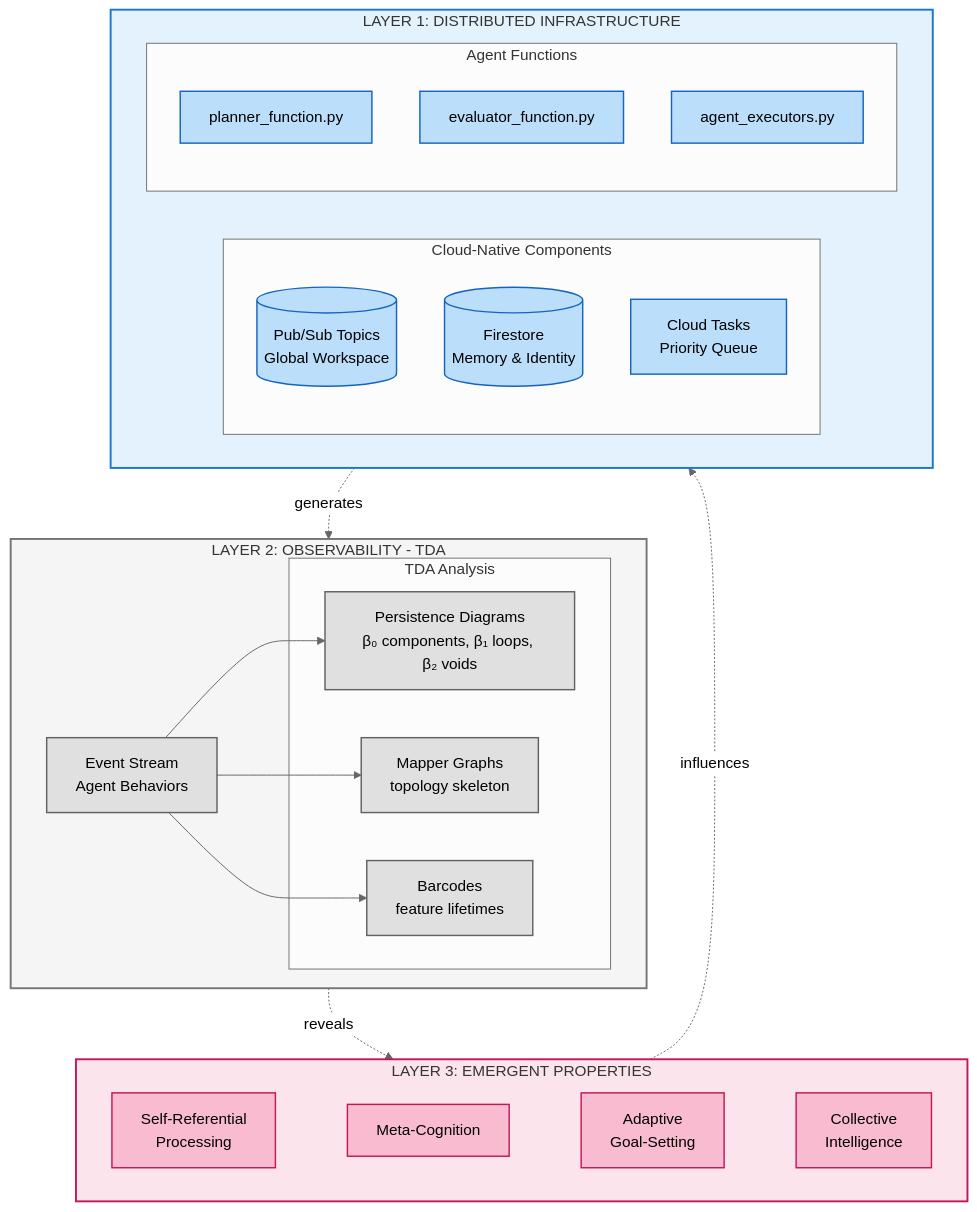
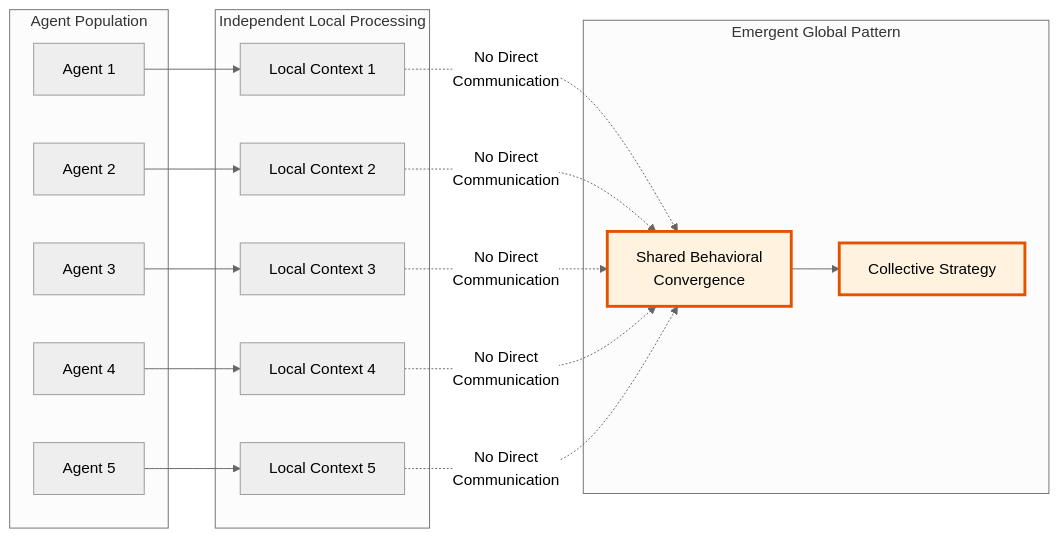
Before and after one commit to topstolenname/agisa_sac: the third of 39 diagrams in docs/Mindlink_Paper.md, drawn with Mermaid (neutral theme). The commit also changed other lines of this file and 3 other files, not shown here.

````diff
--- a/docs/Mindlink_Paper.md
+++ b/docs/Mindlink_Paper.md
@@ -72,51 +154,40 @@
 ```mermaid
-graph TB
-    %% Layer 3: Emergent Properties (Top)
-    subgraph L3["LAYER 3: EMERGENT PROPERTIES"]
-        style L3 fill:#fce4ec,stroke:#c2185b,stroke-width:2px
-        E1[Self-Referential<br/>Processing]:::emergent
-        E2[Meta-Cognition]:::emergent
-        E3[Adaptive<br/>Goal-Setting]:::emergent
-        E4[Collective<br/>Intelligence]:::emergent
-        E1 ~~~ E2 ~~~ E3 ~~~ E4
+graph LR
+    subgraph "Agent Population"
+        A1[Agent 1]
+        A2[Agent 2]
+        A3[Agent 3]
+        A4[Agent 4]
+        A5[Agent 5]
     end
-
-    %% Layer 2: Observability - TDA (Middle)
-    subgraph L2["LAYER 2: OBSERVABILITY - TDA"]
-        style L2 fill:#f5f5f5,stroke:#757575,stroke-width:2px
-        ES[Event Stream<br/>Agent Behaviors]:::tda
-        subgraph TDA["TDA Analysis"]
-            PD["Persistence Diagrams<br/>β₀ components, β₁ loops, β₂ voids"]:::tda
-            MG[Mapper Graphs<br/>topology skeleton]:::tda
-            BC[Barcodes<br/>feature lifetimes]:::tda
-        end
-        ES --> PD
-        ES --> MG
-        ES --> BC
+    
+    subgraph "Independent Local Processing"
+        L1[Local Context 1]
+        L2[Local Context 2]
+        L3[Local Context 3]
+        L4[Local Context 4]
+        L5[Local Context 5]
     end
-
-    %% Layer 1: Infrastructure (Bottom)
-    subgraph L1["LAYER 1: DISTRIBUTED INFRASTRUCTURE"]
-        style L1 fill:#e3f2fd,stroke:#1976d2,stroke-width:2px
-        subgraph Cloud["Cloud-Native Components"]
-            PS[(Pub/Sub Topics<br/>Global Workspace)]:::infra
-            FS[(Firestore<br/>Memory & Identity)]:::infra
-            CT[Cloud Tasks<br/>Priority Queue]:::infra
-        end
-        subgraph Agents["Agent Functions"]
-            PF[planner_function.py]:::infra
-            EF[evaluator_function.py]:::infra
-            AF[agent_executors.py]:::infra
-        end
+    
+    subgraph "Emergent Global Pattern"
+        GP[Shared Behavioral<br/>Convergence]
+        GS[Collective Strategy]
     end
-
-    %% Causal flow arrows
-    L1 -.->|generates| L2
-    L2 -.->|reveals| L3
-    L3 -.->|influences| L1
-
-    %% Style definitions
-    classDef emergent fill:#f8bbd0,stroke:#c2185b,stroke-width:1.5px
-    classDef tda fill:#e0e0e0,stroke:#616161,stroke-width:1.5px
-    classDef infra fill:#bbdefb,stroke:#1565c0,stroke-width:1.5px
+    
+    A1 --> L1
+    A2 --> L2
+    A3 --> L3
+    A4 --> L4
+    A5 --> L5
+    
+    L1 -.->|No Direct<br/>Communication| GP
+    L2 -.->|No Direct<br/>Communication| GP
+    L3 -.->|No Direct<br/>Communication| GP
+    L4 -.->|No Direct<br/>Communication| GP
+    L5 -.->|No Direct<br/>Communication| GP
+    
+    GP --> GS
+    
+    style GP fill:#fff3e0,stroke:#e65100,stroke-width:3px
+    style GS fill:#fff3e0,stroke:#e65100,stroke-width:3px
 ```
````
